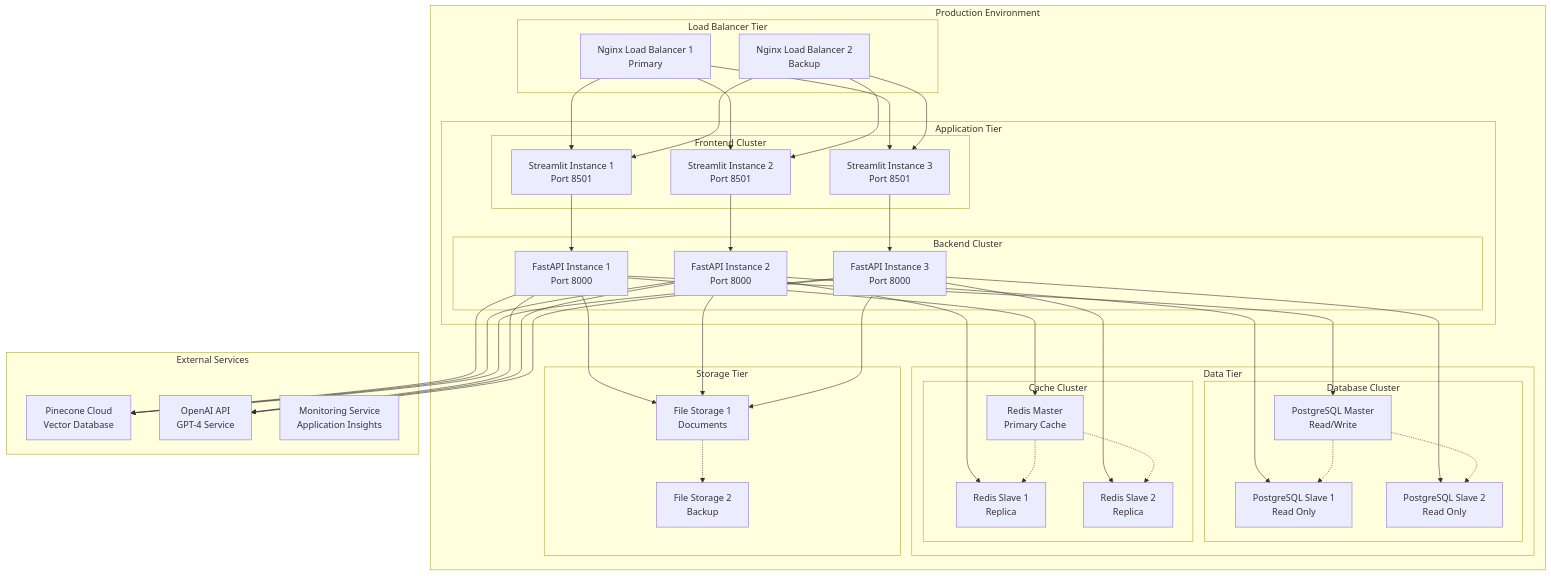
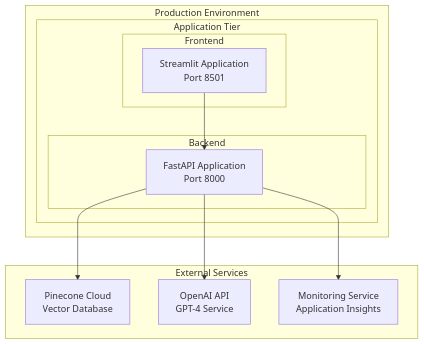
The eighth of 15 diagrams in vietnamese_legal_chatbot/docs/system-architecture.md (LePhuongPhuong/F1-Hackathon-CopilotTeam), drawn with Mermaid before and after one commit. The commit also changed other lines of this file and 15 other files, not shown here.

````diff
--- a/vietnamese_legal_chatbot/docs/system-architecture.md
+++ b/vietnamese_legal_chatbot/docs/system-architecture.md
@@ -458,42 +347,14 @@
 ```mermaid
 graph TB
     subgraph "Production Environment"
-        subgraph "Load Balancer Tier"
-            LB1[Nginx Load Balancer 1<br/>Primary]
-            LB2[Nginx Load Balancer 2<br/>Backup]
-        end
-        
         subgraph "Application Tier"
-            subgraph "Frontend Cluster"
-                ST1[Streamlit Instance 1<br/>Port 8501]
-                ST2[Streamlit Instance 2<br/>Port 8501]
-                ST3[Streamlit Instance 3<br/>Port 8501]
+            subgraph "Frontend"
+                ST[Streamlit Application<br/>Port 8501]
             end
             
-            subgraph "Backend Cluster"
-                API1[FastAPI Instance 1<br/>Port 8000]
-                API2[FastAPI Instance 2<br/>Port 8000]
-                API3[FastAPI Instance 3<br/>Port 8000]
+            subgraph "Backend"
+                API[FastAPI Application<br/>Port 8000]
             end
-        end
-        
-        subgraph "Data Tier"
-            subgraph "Database Cluster"
-                PG_MASTER[PostgreSQL Master<br/>Read/Write]
-                PG_SLAVE1[PostgreSQL Slave 1<br/>Read Only]
-                PG_SLAVE2[PostgreSQL Slave 2<br/>Read Only]
-            end
-            
-            subgraph "Cache Cluster"
-                RD_MASTER[Redis Master<br/>Primary Cache]
-                RD_SLAVE1[Redis Slave 1<br/>Replica]
-                RD_SLAVE2[Redis Slave 2<br/>Replica]
-            end
-        end
-        
-        subgraph "Storage Tier"
-            FS1[File Storage 1<br/>Documents]
-            FS2[File Storage 2<br/>Backup]
         end
     end
     
@@ -503,40 +364,8 @@
         MONITOR[Monitoring Service<br/>Application Insights]
     end
     
-    LB1 --> ST1
-    LB1 --> ST2
-    LB1 --> ST3
-    LB2 --> ST1
-    LB2 --> ST2
-    LB2 --> ST3
-    
-    ST1 --> API1
-    ST2 --> API2
-    ST3 --> API3
-    
-    API1 --> PG_MASTER
-    API2 --> PG_SLAVE1
-    API3 --> PG_SLAVE2
-    
-    API1 --> RD_MASTER
-    API2 --> RD_SLAVE1
-    API3 --> RD_SLAVE2
-    
-    API1 --> FS1
-    API2 --> FS1
-    API3 --> FS1
-    
-    API1 --> PINECONE
-    API2 --> PINECONE
-    API3 --> PINECONE
-    
-    API1 --> OPENAI
-    API2 --> OPENAI
-    API3 --> OPENAI
-    
-    PG_MASTER -.-> PG_SLAVE1
-    PG_MASTER -.-> PG_SLAVE2
-    RD_MASTER -.-> RD_SLAVE1
-    RD_MASTER -.-> RD_SLAVE2
-    FS1 -.-> FS2
+    ST --> API
+    API --> PINECONE
+    API --> OPENAI
+    API --> MONITOR
 ```
````
